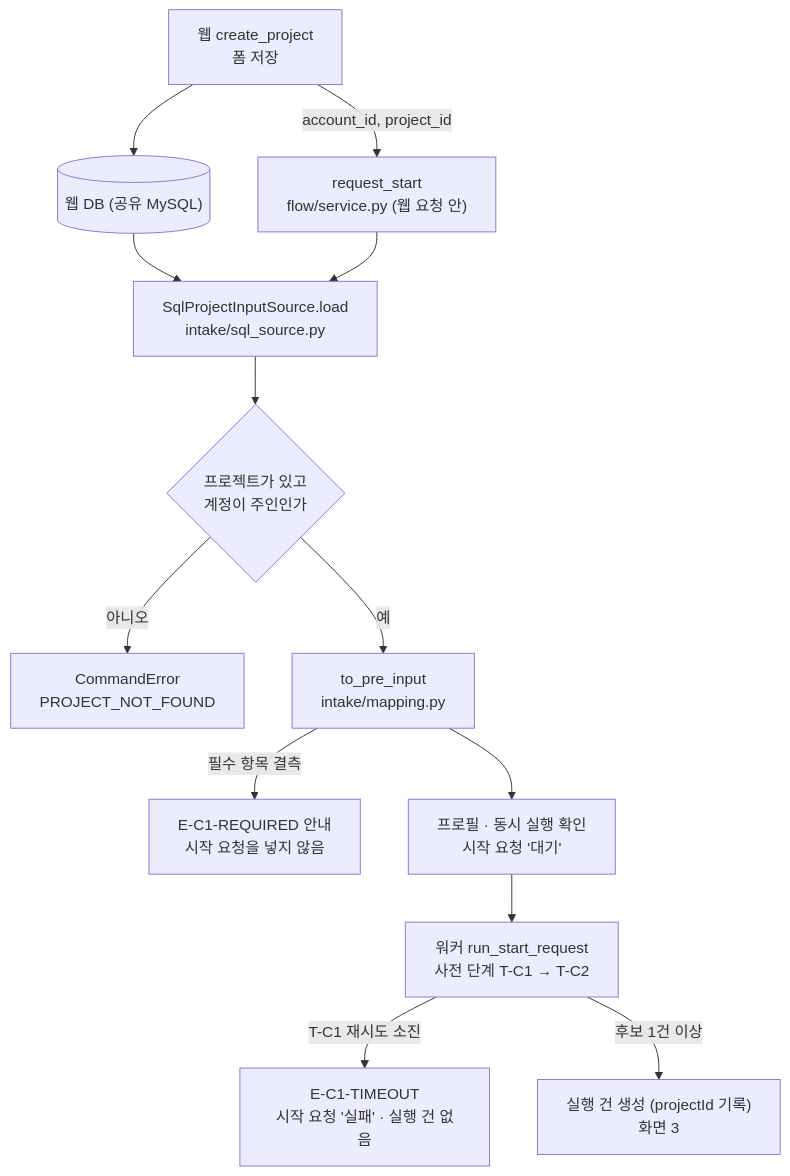
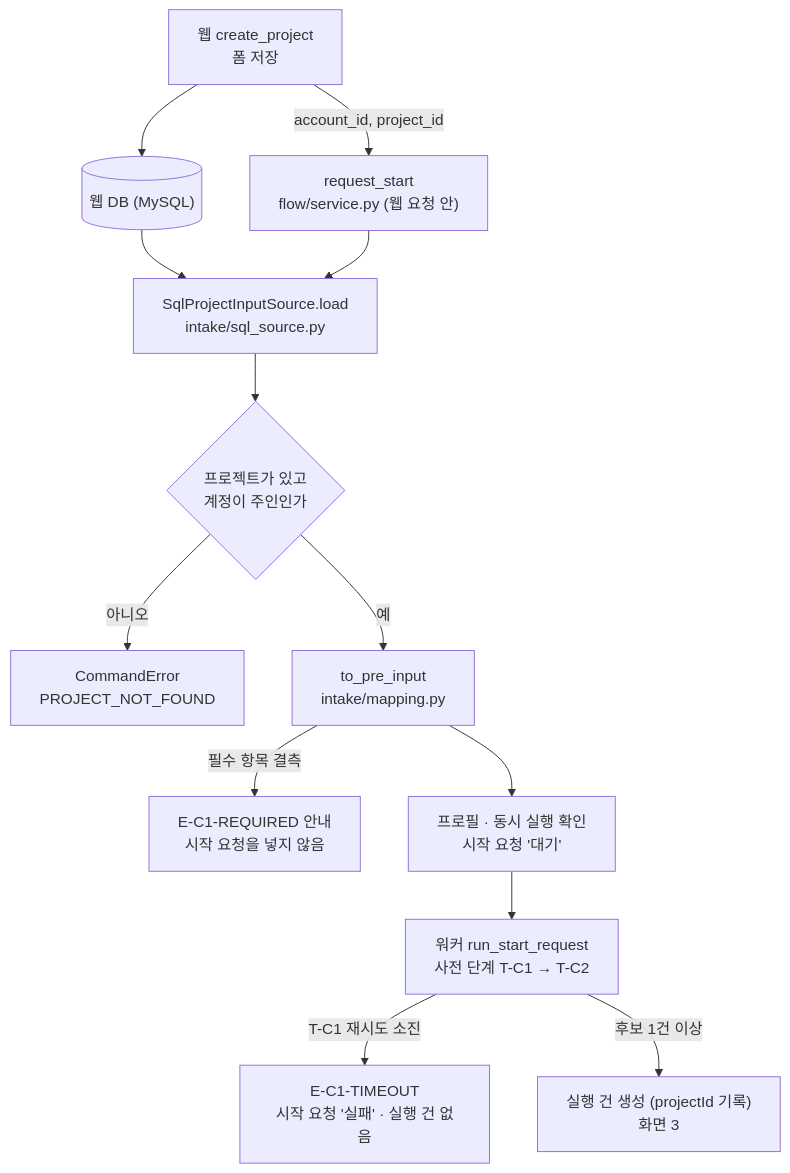
The diagram in agent-orchestration/docs/T-C1_요구사항해석_구현.md (SKNETWORKS-FAMILY-AICAMP/SKN32-FINAL-1TEAM), drawn with Mermaid before and after one commit. The commit also changed other lines of this file and 77 other files, not shown here.

````diff
--- a/agent-orchestration/docs/T-C1_요구사항해석_구현.md
+++ b/agent-orchestration/docs/T-C1_요구사항해석_구현.md
@@ -29,15 +29,15 @@
 ```mermaid
 flowchart TD
-  W["웹 create_project<br/>폼 저장"] --> DB[("웹 DB (공유 MySQL)")]
+  W["웹 create_project<br/>폼 저장"] --> DB[("웹 DB (MySQL)")]
   W -- "account_id, project_id" --> S["request_start<br/>flow/service.py (웹 요청 안)"]
   DB --> L["SqlProjectInputSource.load<br/>intake/sql_source.py"]
   S --> L
   L --> O{"프로젝트가 있고<br/>계정이 주인인가"}
   O -- 아니오 --> X1["CommandError<br/>PROJECT_NOT_FOUND"]
   O -- 예 --> M["to_pre_input<br/>intake/mapping.py"]
   M -- 필수 항목 결측 --> X2["E-C1-REQUIRED 안내<br/>시작 요청을 넣지 않음"]
   M --> R["프로필 · 동시 실행 확인<br/>시작 요청 '대기'"]
   R --> WK["워커 run_start_request<br/>사전 단계 T-C1 → T-C2"]
   WK -- "T-C1 재시도 소진" --> X3["E-C1-TIMEOUT<br/>시작 요청 '실패' · 실행 건 없음"]
   WK -- "후보 1건 이상" --> RUN["실행 건 생성 (projectId 기록)<br/>화면 3"]
 ```
````
